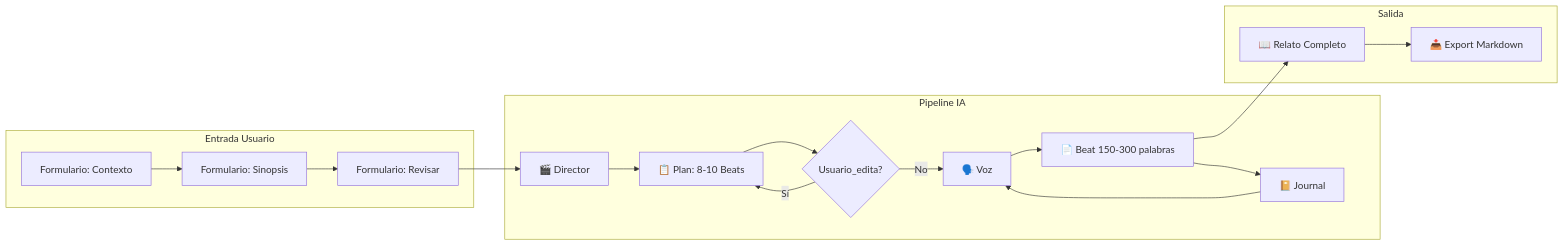
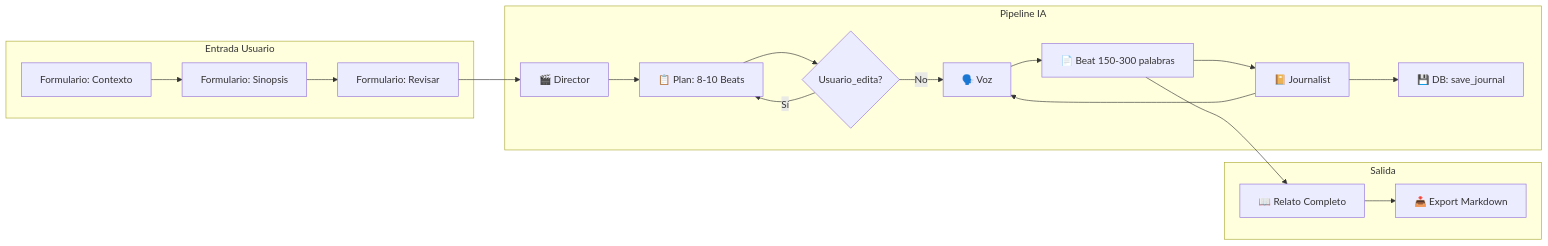
The sixth of 7 diagrams in specs/002_granular_beat_spec.md (rledesma912/automated_narrative), drawn with Mermaid before and after one commit. The commit also changed other lines of this file and 27 other files, not shown here.

````diff
--- a/specs/002_granular_beat_spec.md
+++ b/specs/002_granular_beat_spec.md
@@ -1009,25 +1009,26 @@
 ```mermaid
 flowchart LR
     subgraph "Entrada Usuario"
         A[Formulario: Contexto] --> B[Formulario: Sinopsis]
         B --> C[Formulario: Revisar]
     end
-    
+
     subgraph "Pipeline IA"
         C --> D[🎬 Director]
         D --> E[📋 Plan: 8-10 Beats]
-        
+
         E --> F{Usuario_edita?}
         F -->|Sí| E
         F -->|No| G[🗣️ Voz]
-        
+
         G --> H[📄 Beat 150-300 palabras]
-        H --> I[📔 Journal]
+        H --> I[📔 Journalist]
+        I --> J[💾 DB: save_journal]
         I --> G
     end
-    
+
     subgraph "Salida"
-        H --> J[📖 Relato Completo]
-        J --> K[📥 Export Markdown]
+        H --> K[📖 Relato Completo]
+        K --> L[📥 Export Markdown]
     end
 ```
````
